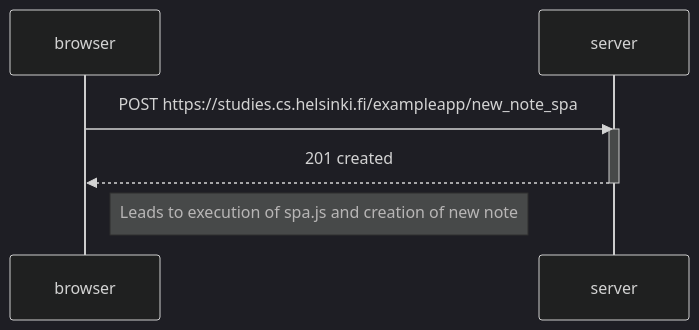
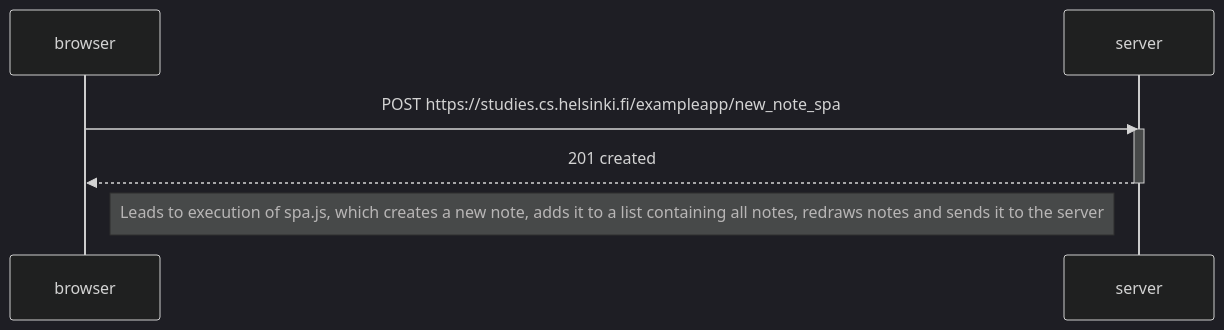
The diagram in part_0/0.6.md (smannist/full_stack_open), drawn with Mermaid (dark theme) before and after one commit.

Commit message:
Better version of 0.6

````diff
--- a/part_0/0.6.md
+++ b/part_0/0.6.md
@@ -1,14 +1,14 @@
 ```mermaid
 
 sequenceDiagram
     participant browser
     participant server
 
     browser->>server: POST https://studies.cs.helsinki.fi/exampleapp/new_note_spa
     activate server
     server-->>browser: 201 created
     deactivate server
 
-    Note right of browser: Leads to execution of spa.js and creation of new note
+    Note right of browser: Leads to execution of spa.js, which creates a new note, adds it to a list containing all notes, redraws notes and sends it to the server
 
 ```
````
